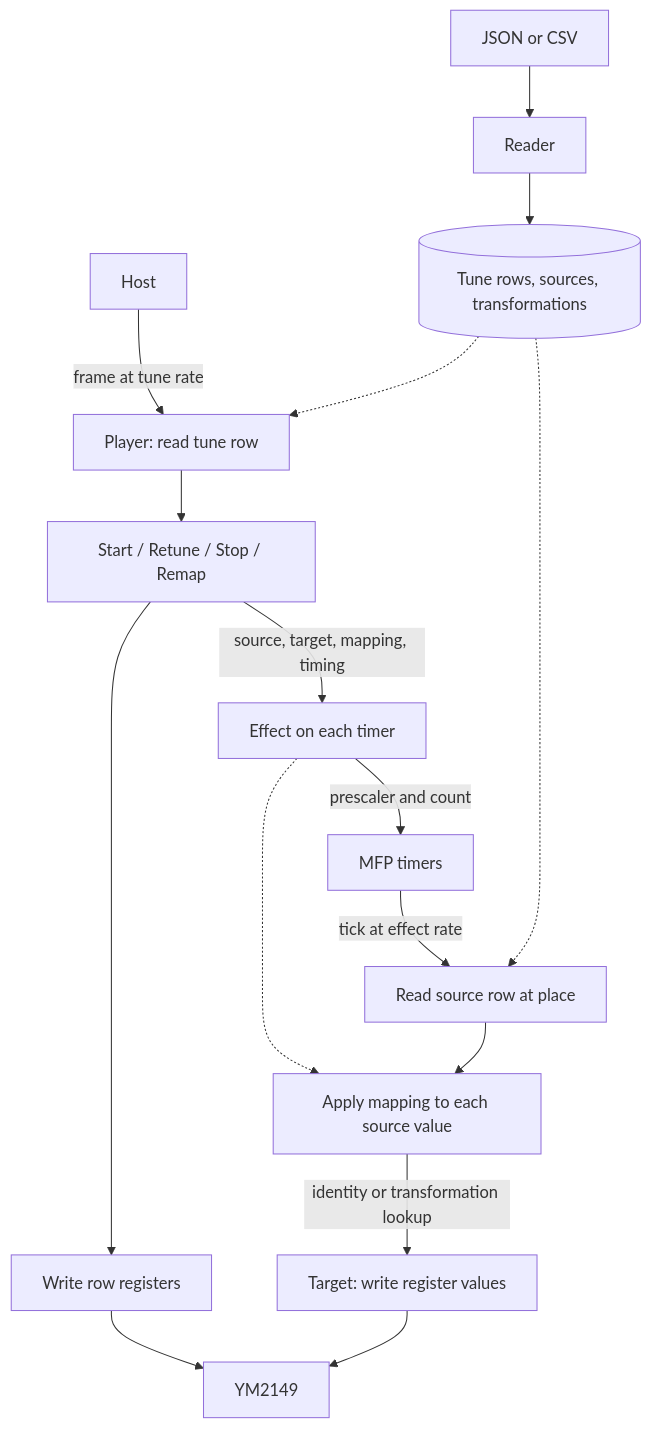
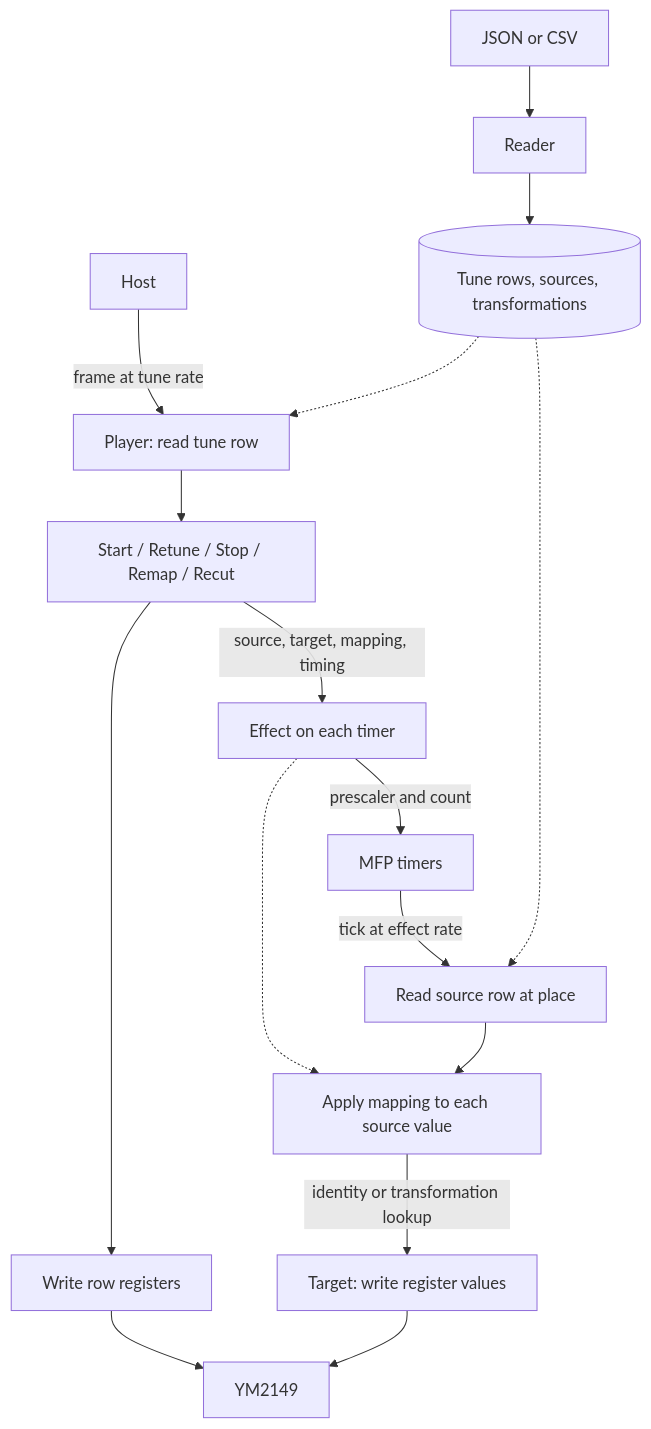
One commit to odipar/YMXS changed the diagram in README.md. Above: the diagram before and after it, drawn with Mermaid. The commit also changed other lines of this file and 70 other files, not shown here.

````diff
--- a/README.md
+++ b/README.md
@@ -88,18 +89,18 @@
 ```mermaid
 flowchart TD
     file[JSON or CSV] --> reader[Reader]
     reader --> data[(Tune rows, sources, transformations)]
     host[Host] -->|frame at tune rate| frame[Player: read tune row]
     data -.-> frame
-    frame --> operations[Start / Retune / Stop / Remap]
+    frame --> operations[Start / Retune / Stop / Remap / Recut]
     operations --> registers[Write row registers]
     registers --> ym[YM2149]
     operations -->|source, target, mapping, timing| effect[Effect on each timer]
     effect -->|prescaler and count| mfp[MFP timers]
     mfp -->|tick at effect rate| tick[Read source row at place]
     data -.-> tick
     effect -.-> mapping[Apply mapping to each source value]
     tick --> mapping
     mapping -->|identity or transformation lookup| target[Target: write register values]
     target --> ym
 ```
````
